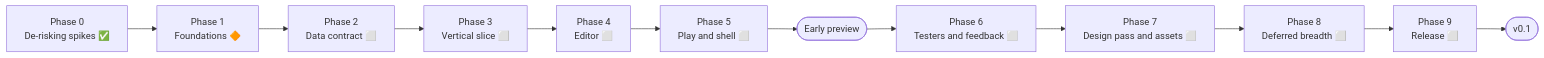
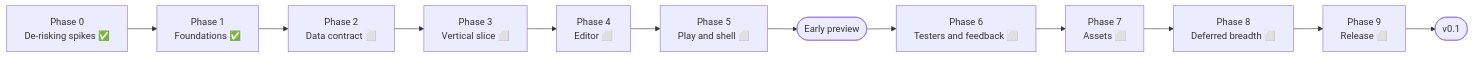
Before and after one commit to salah-rashad/flame_studio: the diagram in docs/phases.md, drawn with Mermaid. The commit also changed other lines of this file and 4 other files, not shown here.

````diff
--- a/docs/phases.md
+++ b/docs/phases.md
@@ -19,14 +19,14 @@
 ```mermaid
 flowchart LR
-  P0["Phase 0<br/>De-risking spikes ✅"] --> P1["Phase 1<br/>Foundations 🔶"]
+  P0["Phase 0<br/>De-risking spikes ✅"] --> P1["Phase 1<br/>Foundations ✅"]
   P1 --> P2["Phase 2<br/>Data contract ⬜"]
   P2 --> P3["Phase 3<br/>Vertical slice ⬜"]
   P3 --> P4["Phase 4<br/>Editor ⬜"]
   P4 --> P5["Phase 5<br/>Play and shell ⬜"]
   P5 --> M1(["Early preview"])
   M1 --> P6["Phase 6<br/>Testers and feedback ⬜"]
-  P6 --> P7["Phase 7<br/>Design pass and assets ⬜"]
+  P6 --> P7["Phase 7<br/>Assets ⬜"]
   P7 --> P8["Phase 8<br/>Deferred breadth ⬜"]
   P8 --> P9["Phase 9<br/>Release ⬜"]
   P9 --> M2(["v0.1"])
 ```
````
